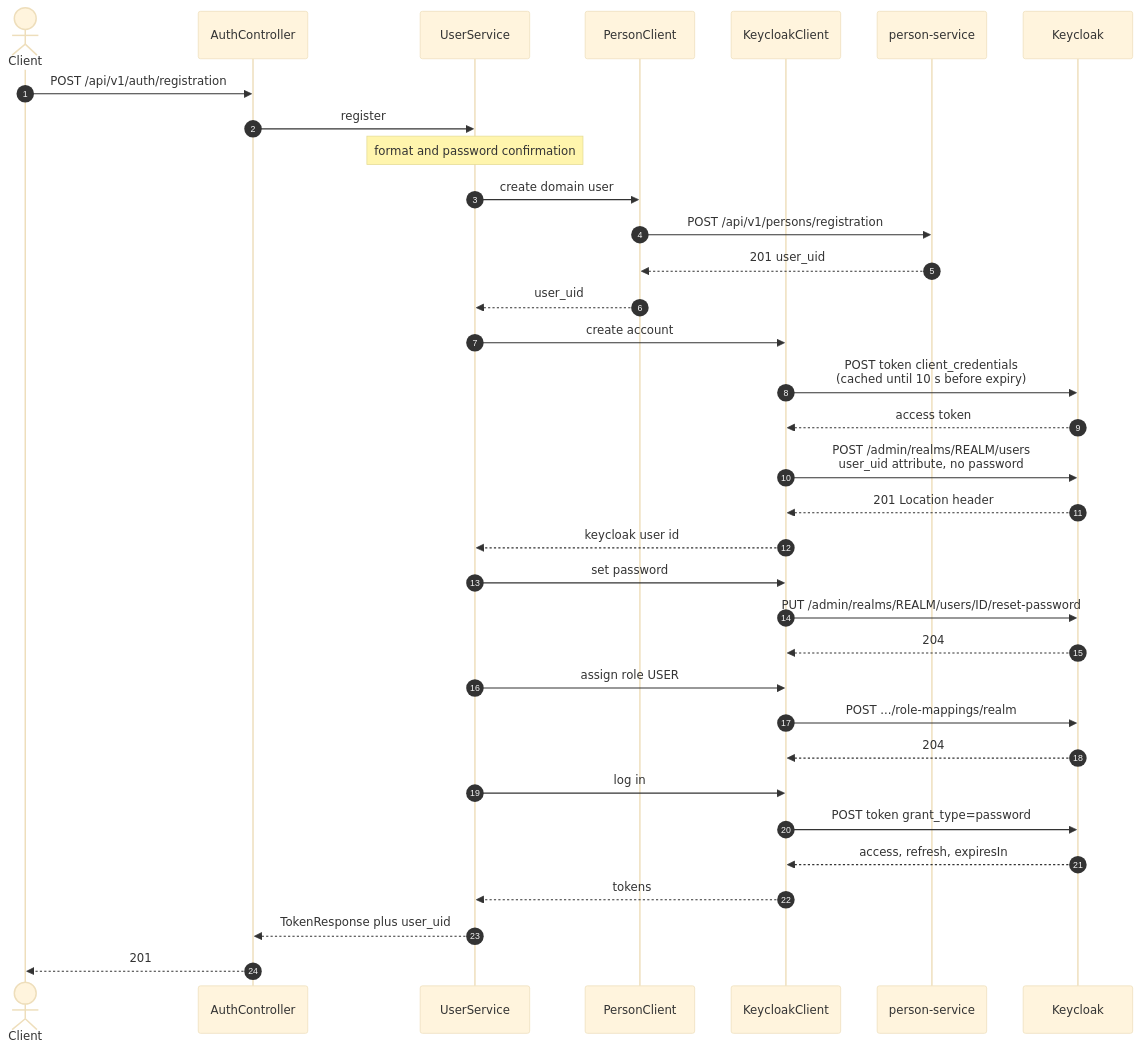
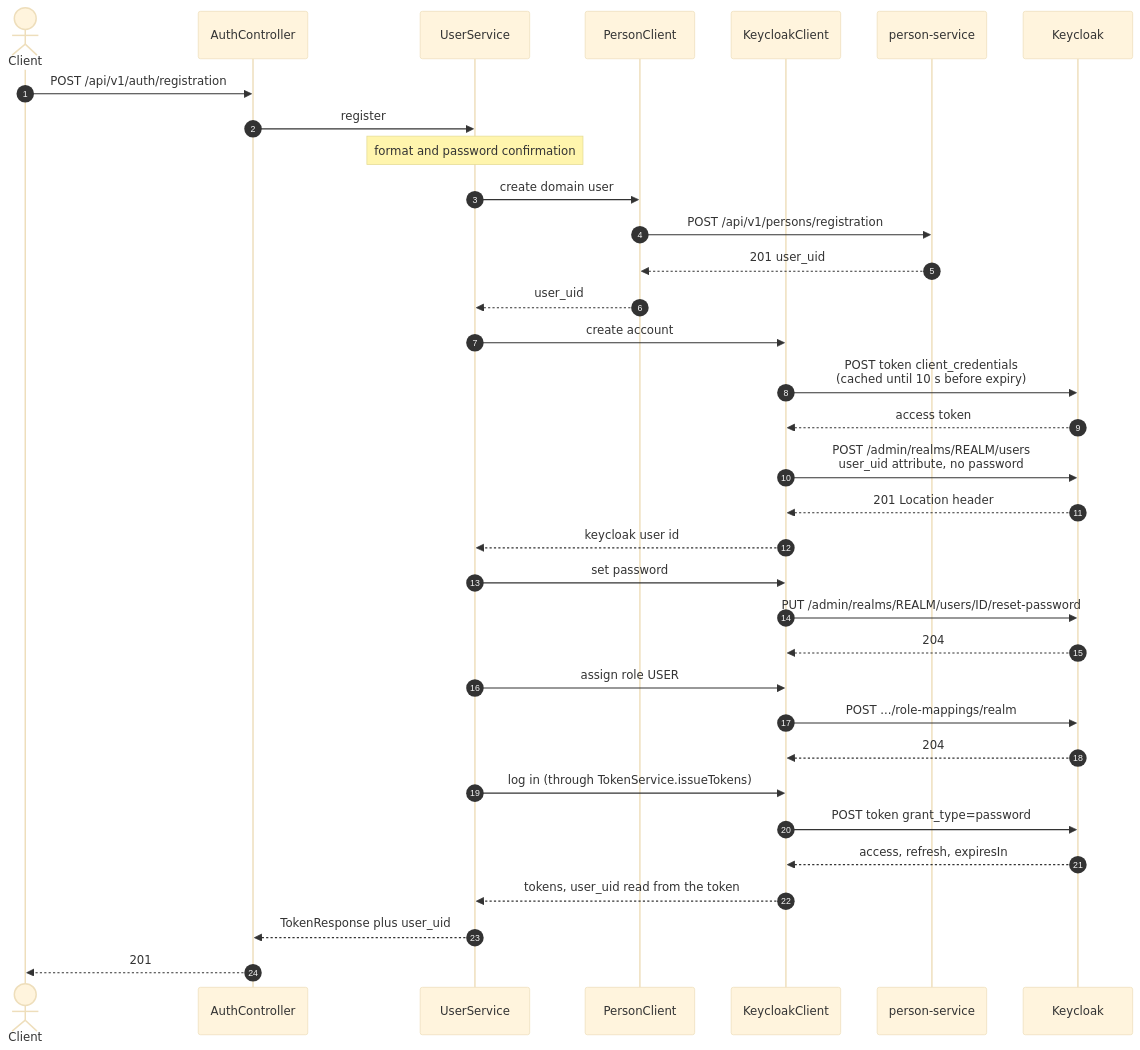
Before and after one commit to dezxxx/payment-platform: the first of 4 diagrams in CONTEXT.md, drawn with Mermaid (base theme). The commit also changed other lines of this file and 21 other files, not shown here.

First line of the commit message:
feat: name every scenario step as a span and issue tokens through TokenService

````diff
--- a/CONTEXT.md
+++ b/CONTEXT.md
@@ -477,37 +479,37 @@
 ```mermaid
 sequenceDiagram
     autonumber
     actor Client
     participant Ctl as AuthController
     participant Svc as UserService
     participant PGw as PersonClient
     participant AGw as KeycloakClient
     participant Ps as person-service
     participant Kc as Keycloak
 
     Client->>Ctl: POST /api/v1/auth/registration
     Ctl->>Svc: register
     Note over Svc: format and password confirmation
     Svc->>PGw: create domain user
     PGw->>Ps: POST /api/v1/persons/registration
     Ps-->>PGw: 201 user_uid
     PGw-->>Svc: user_uid
     Svc->>AGw: create account
     AGw->>Kc: POST token client_credentials<br/>(cached until 10 s before expiry)
     Kc-->>AGw: access token
     AGw->>Kc: POST /admin/realms/REALM/users<br/>user_uid attribute, no password
     Kc-->>AGw: 201 Location header
     AGw-->>Svc: keycloak user id
     Svc->>AGw: set password
     AGw->>Kc: PUT /admin/realms/REALM/users/ID/reset-password
     Kc-->>AGw: 204
     Svc->>AGw: assign role USER
     AGw->>Kc: POST .../role-mappings/realm
     Kc-->>AGw: 204
-    Svc->>AGw: log in
+    Svc->>AGw: log in (through TokenService.issueTokens)
     AGw->>Kc: POST token grant_type=password
     Kc-->>AGw: access, refresh, expiresIn
-    AGw-->>Svc: tokens
+    AGw-->>Svc: tokens, user_uid read from the token
     Svc-->>Ctl: TokenResponse plus user_uid
     Ctl-->>Client: 201
 ```
````
